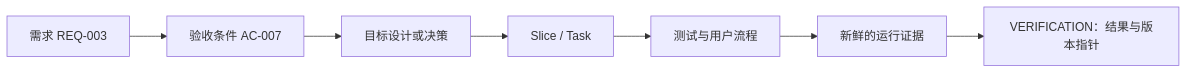
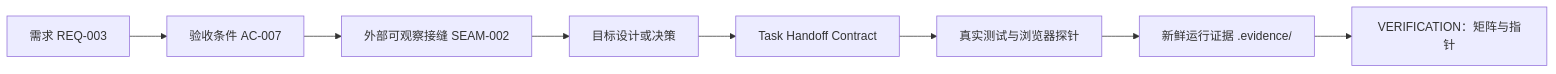
The fourth of 4 diagrams in docs/USER_GUIDE.zh-CN.md (sz-xiaohuolong/vibe-workflow), drawn with Mermaid before and after one commit. The commit also changed other lines of this file and 19 other files, not shown here.

````diff
--- a/docs/USER_GUIDE.zh-CN.md
+++ b/docs/USER_GUIDE.zh-CN.md
@@ -81,9 +85,10 @@
 ```mermaid
 flowchart LR
     REQ[需求 REQ-003] --> AC[验收条件 AC-007]
-    AC --> DS[目标设计或决策]
-    DS --> TK[Slice / Task]
-    TK --> TEST[测试与用户流程]
-    TEST --> EV[新鲜的运行证据]
-    EV --> VR[VERIFICATION：结果与版本指针]
+    AC --> SEAM[外部可观察接缝 SEAM-002]
+    SEAM --> DS[目标设计或决策]
+    DS --> TK[Task Handoff Contract]
+    TK --> TEST[真实测试与浏览器探针]
+    TEST --> EV[新鲜运行证据 .evidence/]
+    EV --> VR[VERIFICATION：矩阵与指针]
 ```
````
